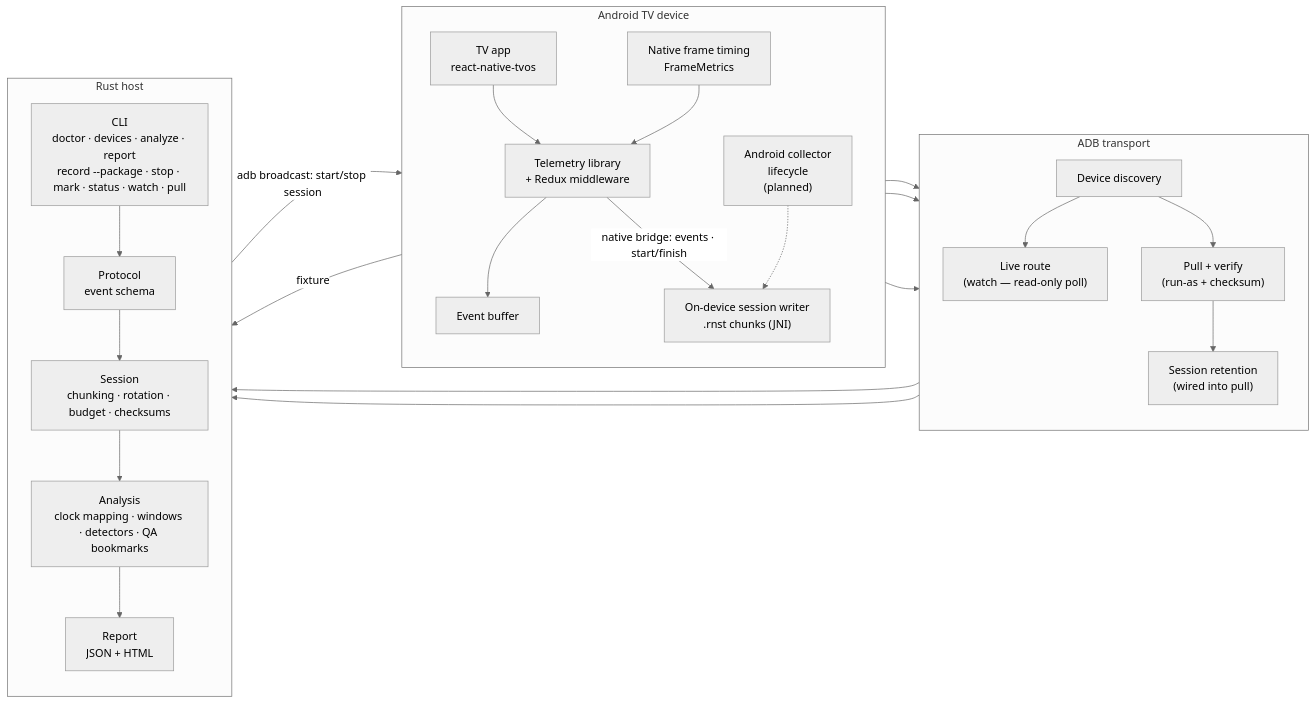
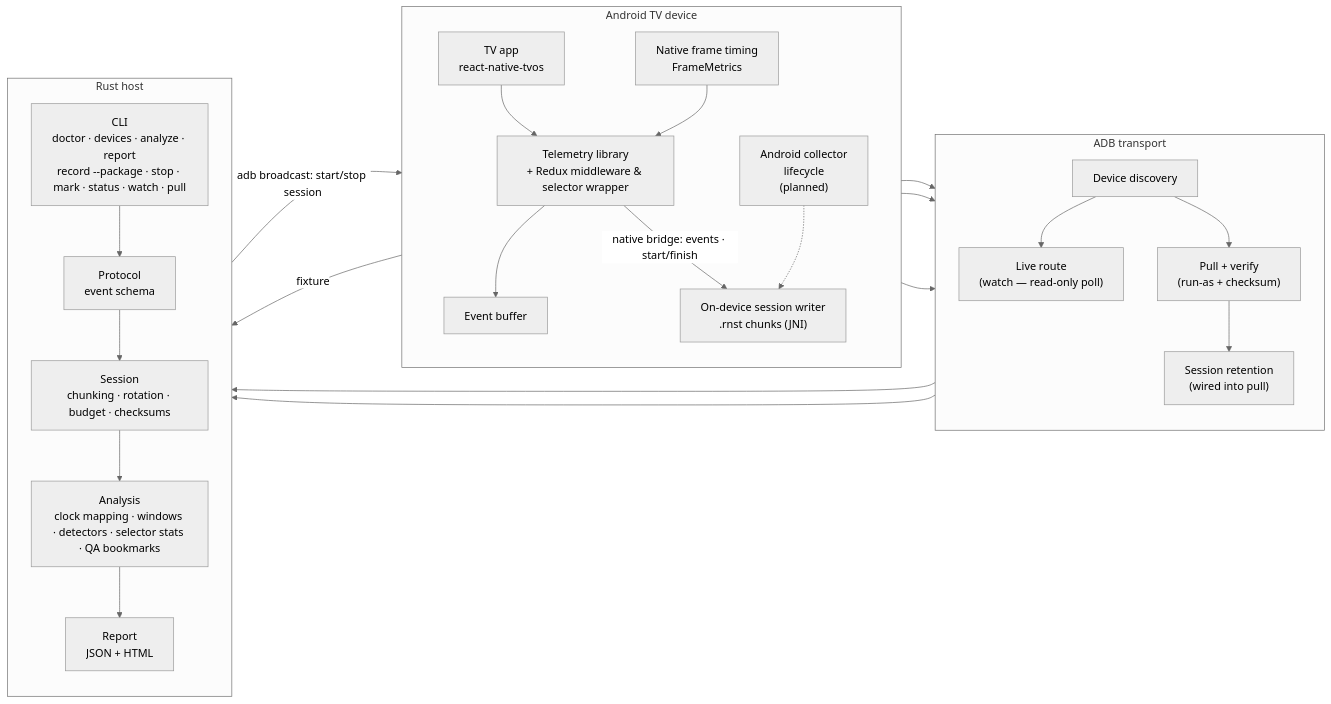
Before and after one commit to undrafted/rn-android-tv-session-telemetry: the diagram in diagrams/architecture.mmd, drawn with Mermaid. The commit also changed 5 other files, not shown here.

```diff
--- a/diagrams/architecture.mmd
+++ b/diagrams/architecture.mmd
@@ -1,45 +1,45 @@
 %%{init: {"theme": "neutral"}}%%
 flowchart LR
     subgraph Device["Android TV device"]
         direction TB
         App["TV app<br/>react-native-tvos"]
-        Lib["Telemetry library<br/>+ Redux middleware"]
+        Lib["Telemetry library<br/>+ Redux middleware & selector wrapper"]
         Buffer["Event buffer"]
         FrameTiming["Native frame timing<br/>FrameMetrics"]
         Collector["Android collector<br/>lifecycle<br/>(planned)"]
         Writer["On-device session writer<br/>.rnst chunks (JNI)"]
         App --> Lib
         FrameTiming --> Lib
         Lib --> Buffer
         Lib -->|native bridge: events · start/finish| Writer
         Collector -.-> Writer
     end
 
     subgraph Transport["ADB transport"]
         direction TB
         Discover["Device discovery"]
         LiveRoute["Live route<br/>(watch — read-only poll)"]
         Pull["Pull + verify<br/>(run-as + checksum)"]
         Retain["Session retention<br/>(wired into pull)"]
         Discover --> LiveRoute
         Discover --> Pull
         Pull --> Retain
     end
 
     subgraph Host["Rust host"]
         direction TB
         CLI["CLI<br/>doctor · devices · analyze · report<br/>record --package · stop · mark · status · watch · pull"]
         Protocol["Protocol<br/>event schema"]
         SessionCrate["Session<br/>chunking · rotation · budget · checksums"]
-        Analysis["Analysis<br/>clock mapping · windows · detectors · QA bookmarks"]
+        Analysis["Analysis<br/>clock mapping · windows · detectors · selector stats · QA bookmarks"]
         Report["Report<br/>JSON + HTML"]
         CLI --> Protocol --> SessionCrate --> Analysis --> Report
     end
 
     App --> Discover
     Writer --> Pull
     Writer --> LiveRoute
     Pull --> CLI
     LiveRoute --> CLI
     Buffer -->|fixture| CLI
     CLI -->|adb broadcast: start/stop session| Writer
```
